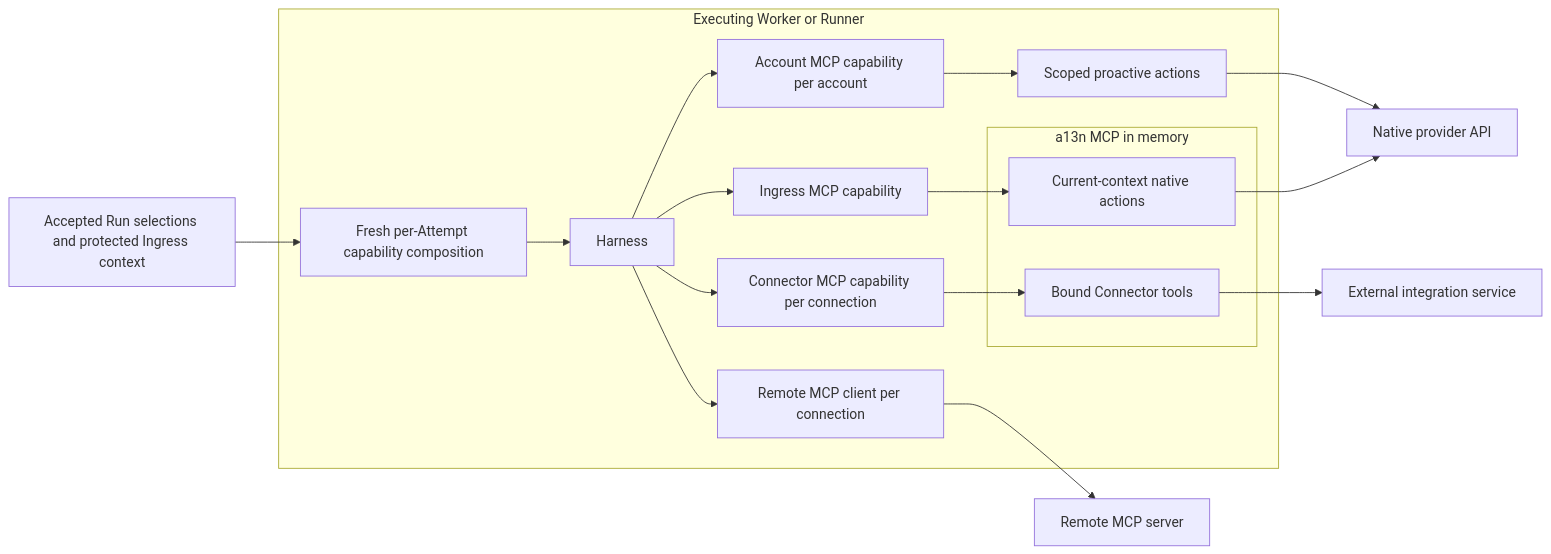
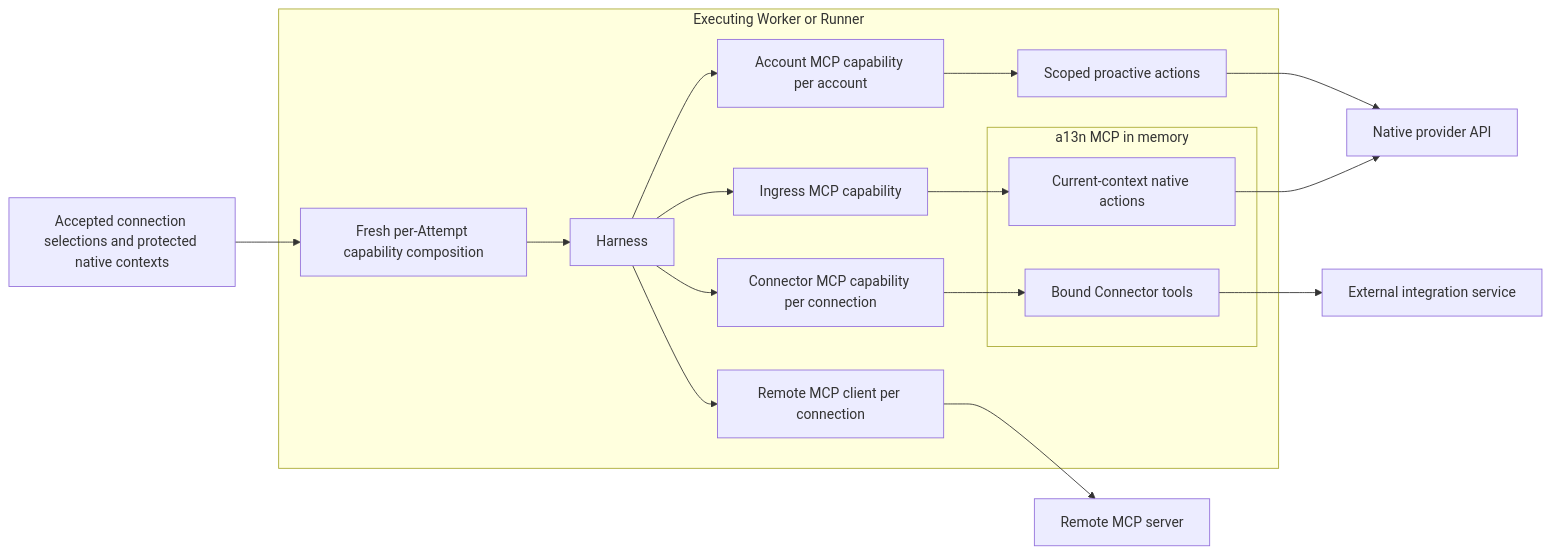
The first of 2 diagrams in spec/foundation-service/40-connectivity/04-agent-facing-tools.md (converge-ai-labs/agent-foundation), drawn with Mermaid before and after one commit. The commit also changed other lines of this file and 36 other files, not shown here.

First line of the commit message:
refactor(connectivity): inject native tools from protected run contexts

````diff
--- a/spec/foundation-service/40-connectivity/04-agent-facing-tools.md
+++ b/spec/foundation-service/40-connectivity/04-agent-facing-tools.md
@@ -13,22 +13,22 @@
 ```mermaid
 flowchart LR
-    Config[Accepted Run selections and protected Ingress context] --> Compose
+    Config[Accepted connection selections and protected native contexts] --> Compose
     subgraph Worker[Executing Worker or Runner]
         Compose[Fresh per-Attempt capability composition] --> Harness
         Harness --> AccountMCP[Account MCP capability per account]
         AccountMCP --> AccountActions[Scoped proactive actions]
         Harness --> IngressMCP[Ingress MCP capability]
         Harness --> ConnectorMCP[Connector MCP capability per connection]
         Harness --> RemoteClient[Remote MCP client per connection]
         subgraph Local[a13n MCP in memory]
             Native[Current-context native actions]
             Connector[Bound Connector tools]
         end
         IngressMCP --> Native
         ConnectorMCP --> Connector
     end
     Native --> Provider[Native provider API]
     AccountActions --> Provider
     Connector --> Integration[External integration service]
     RemoteClient --> Remote[Remote MCP server]
 ```
````
